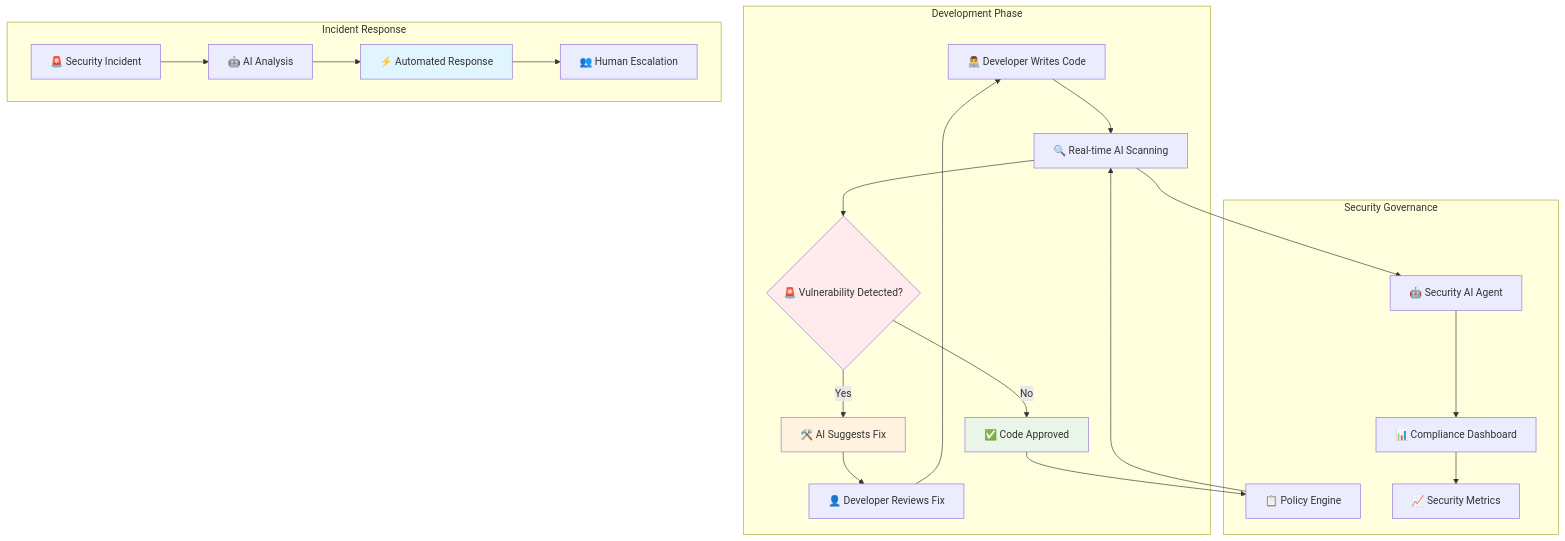
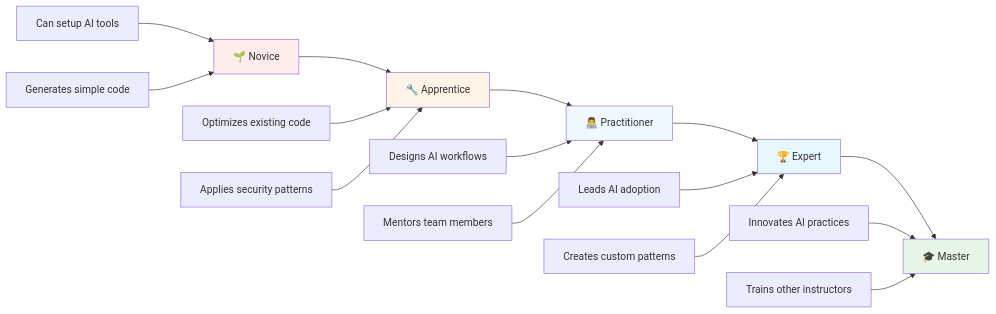
Before and after one commit to paulasilvatech/Code-AI-Dev: the sixth of 8 diagrams in docs/workshop_structure.md, drawn with Mermaid. The commit also changed other lines of this file and 4 other files, not shown here.

````diff
--- a/docs/workshop_structure.md
+++ b/docs/workshop_structure.md
@@ -293,31 +341,28 @@
 ```mermaid
-flowchart TB
-    subgraph "Development Phase"
-        A[👨‍💻 Developer Writes Code] --> B[🔍 Real-time AI Scanning]
-        B --> C{🚨 Vulnerability Detected?}
-        C -->|Yes| D[🛠️ AI Suggests Fix]
-        C -->|No| E[✅ Code Approved]
-        D --> F[👤 Developer Reviews Fix]
-        F --> A
-    end
+graph LR
+    A[🌱 Novice] --> B[🔧 Apprentice]
+    B --> C[👨‍💻 Practitioner]
+    C --> D[🏆 Expert]
+    D --> E[🎓 Master]
     
-    subgraph "Security Governance"
-        G[📋 Policy Engine] --> B
-        H[🤖 Security AI Agent] --> I[📊 Compliance Dashboard]
-        I --> J[📈 Security Metrics]
-    end
+    A1[Can setup AI tools] --> A
+    A2[Generates simple code] --> A
     
-    subgraph "Incident Response"
-        K[🚨 Security Incident] --> L[🤖 AI Analysis]
-        L --> M[⚡ Automated Response]
-        M --> N[👥 Human Escalation]
-    end
+    B1[Optimizes existing code] --> B
+    B2[Applies security patterns] --> B
     
-    E --> G
-    B --> H
+    C1[Designs AI workflows] --> C
+    C2[Mentors team members] --> C
     
-    style C fill:#ffebee
-    style D fill:#fff3e0
+    D1[Leads AI adoption] --> D
+    D2[Creates custom patterns] --> D
+    
+    E1[Innovates AI practices] --> E
+    E2[Trains other instructors] --> E
+    
+    style A fill:#ffecec
+    style B fill:#fff4e6
+    style C fill:#f0f9ff
+    style D fill:#e6f7ff
     style E fill:#e8f5e8
-    style M fill:#e1f5fe
 ```
````
